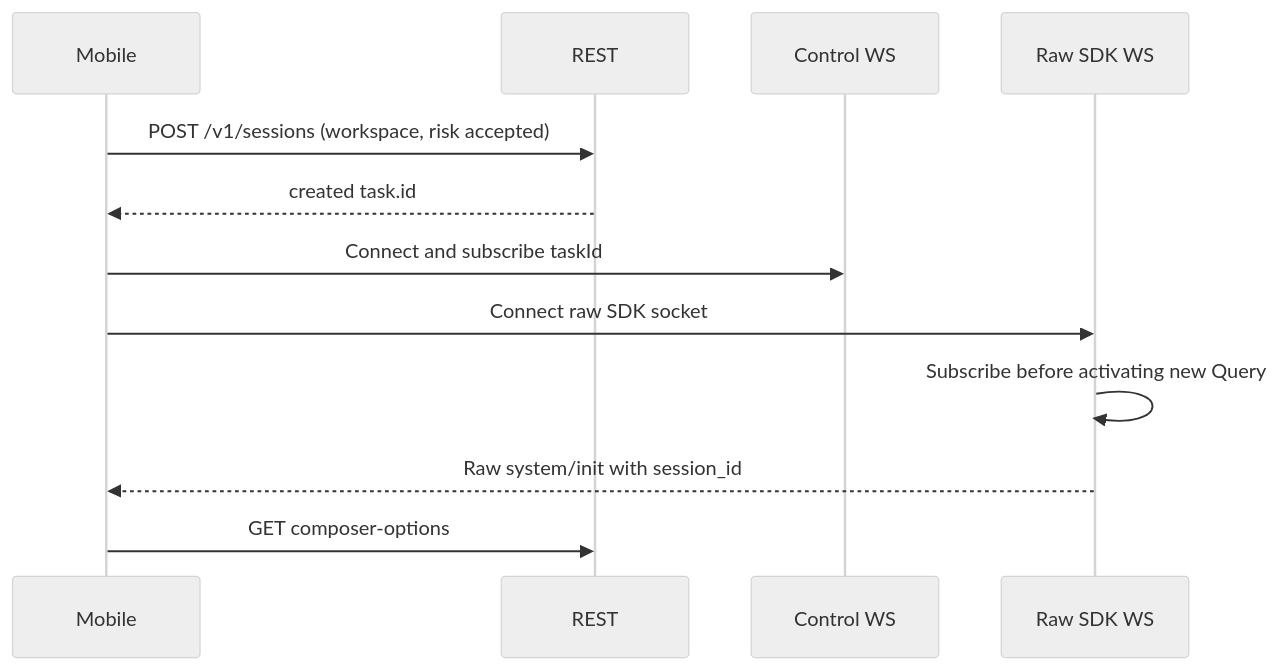
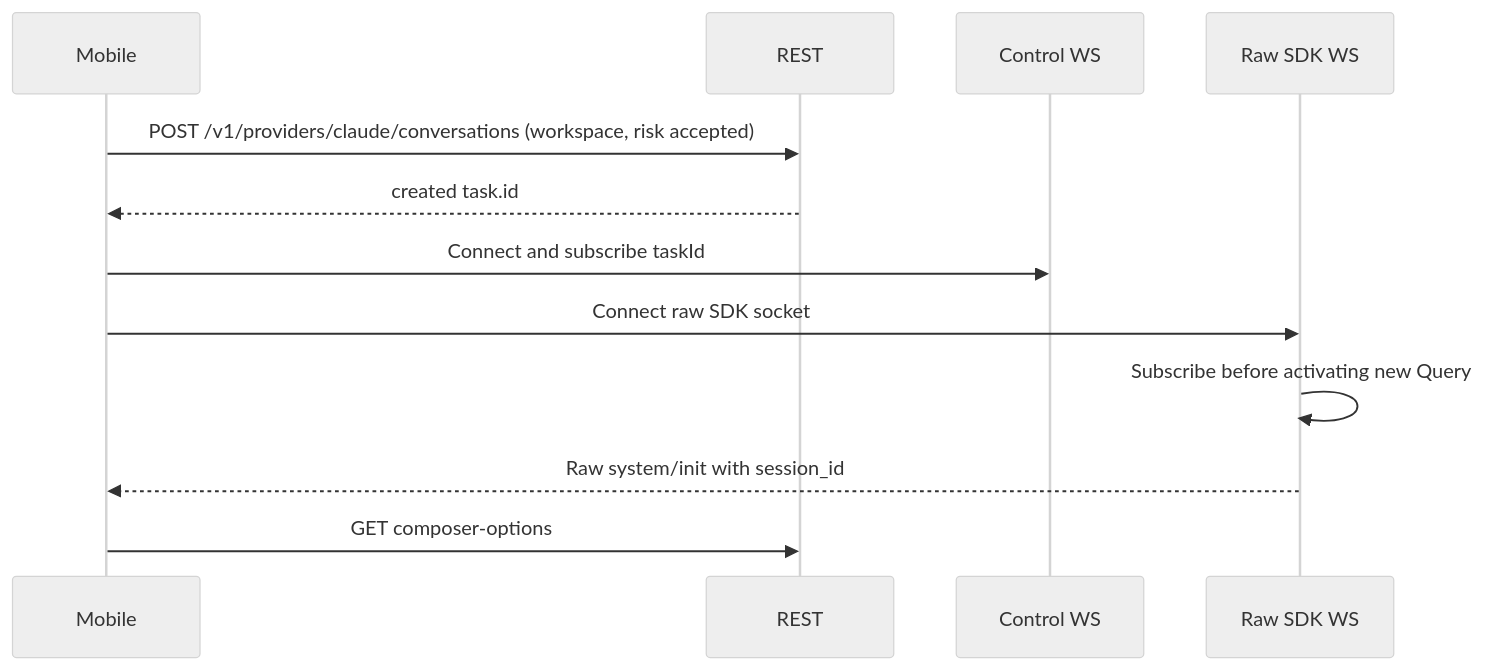
Before and after one commit to loomou/PocketPilot: the fourth of 10 diagrams in docs/mobile-integration-guide.en.md, drawn with Mermaid (neutral theme). The commit also changed other lines of this file and 17 other files, not shown here.

````diff
--- a/docs/mobile-integration-guide.en.md
+++ b/docs/mobile-integration-guide.en.md
@@ -977,14 +991,14 @@
 ```mermaid
 sequenceDiagram
     participant M as Mobile
     participant R as REST
     participant C as Control WS
     participant S as Raw SDK WS
-    M->>R: POST /v1/sessions (workspace, risk accepted)
+    M->>R: POST /v1/providers/claude/conversations (workspace, risk accepted)
     R-->>M: created task.id
     M->>C: Connect and subscribe taskId
     M->>S: Connect raw SDK socket
     S->>S: Subscribe before activating new Query
     S-->>M: Raw system/init with session_id
     M->>R: GET composer-options
 ```
````
